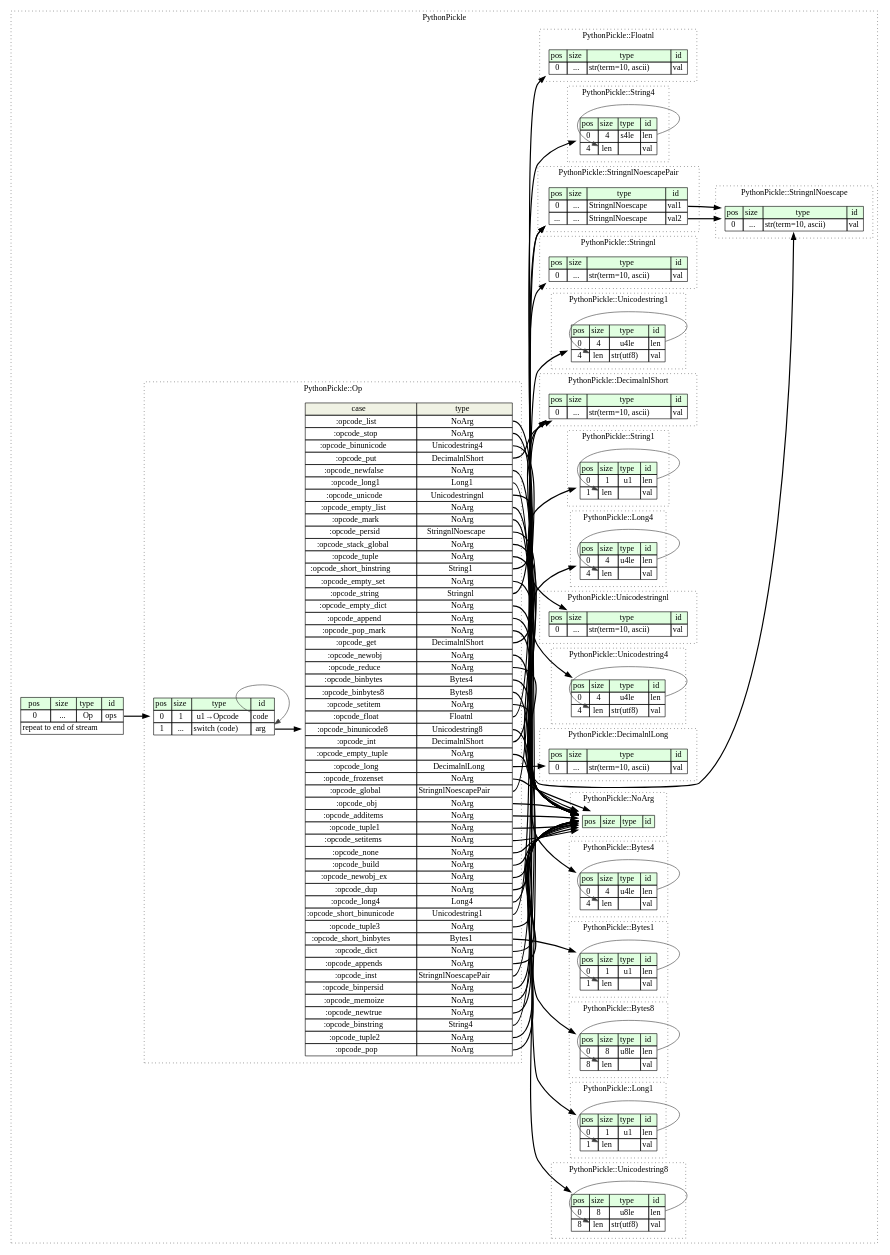
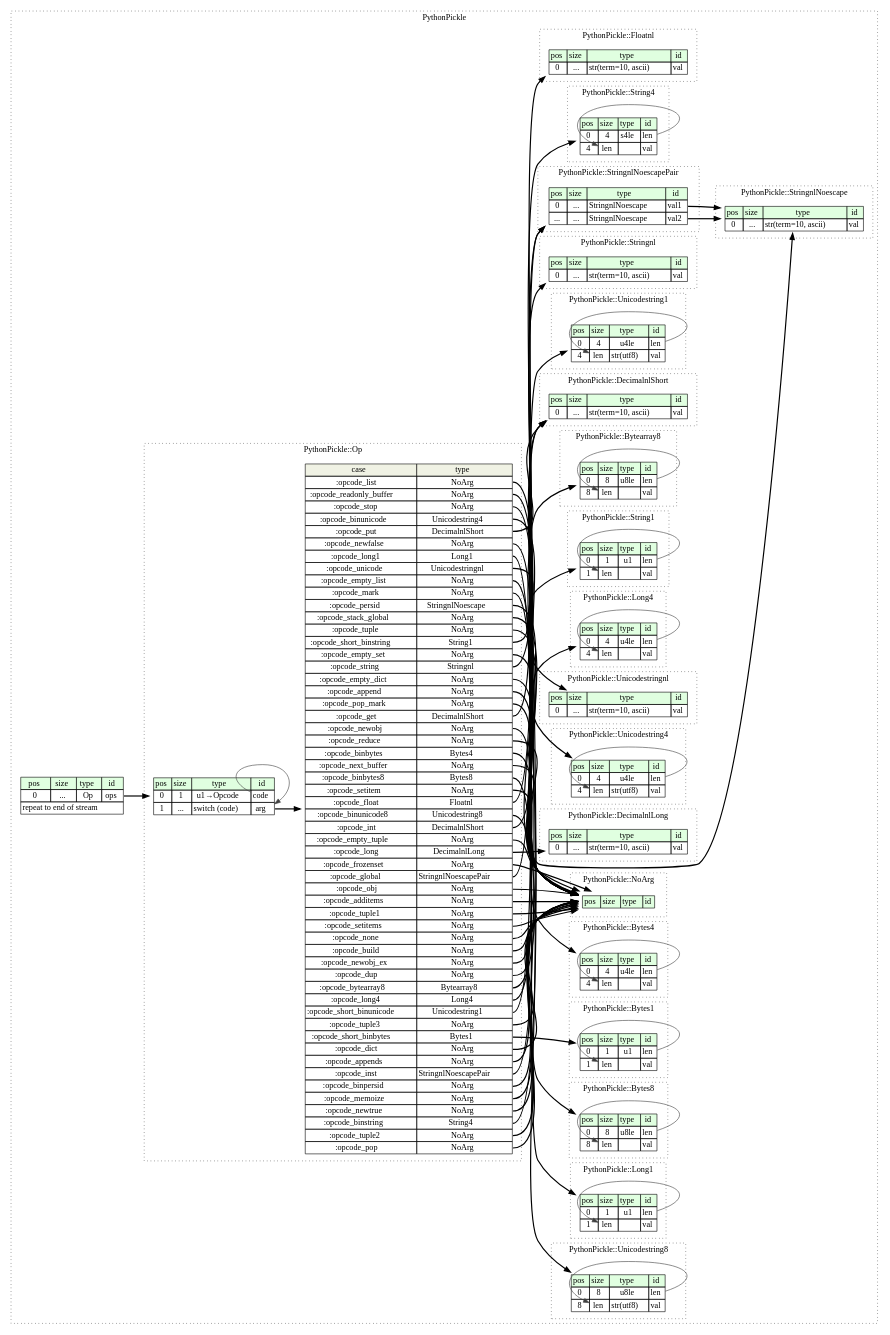
The diagram in python_pickle/src/graphviz/python_pickle.dot (kaitai-io/formats-kaitai-io.github.io), drawn with Graphviz before and after one commit. The commit also changed 18 other files, not shown here.

```diff
--- a/python_pickle/src/graphviz/python_pickle.dot
+++ b/python_pickle/src/graphviz/python_pickle.dot
@@ -125,6 +125,16 @@
 				<TR><TD PORT="val_pos">1</TD><TD PORT="val_size">len</TD><TD></TD><TD PORT="val_type">val</TD></TR>
 			</TABLE>>];
 		}
+		subgraph cluster__bytearray8 {
+			label="PythonPickle::Bytearray8";
+			graph[style=dotted];
+
+			bytearray8__seq [label=<<TABLE BORDER="0" CELLBORDER="1" CELLSPACING="0">
+				<TR><TD BGCOLOR="#E0FFE0">pos</TD><TD BGCOLOR="#E0FFE0">size</TD><TD BGCOLOR="#E0FFE0">type</TD><TD BGCOLOR="#E0FFE0">id</TD></TR>
+				<TR><TD PORT="len_pos">0</TD><TD PORT="len_size">8</TD><TD>u8le</TD><TD PORT="len_type">len</TD></TR>
+				<TR><TD PORT="val_pos">8</TD><TD PORT="val_size">len</TD><TD></TD><TD PORT="val_type">val</TD></TR>
+			</TABLE>>];
+		}
 		subgraph cluster__decimalnl_short {
 			label="PythonPickle::DecimalnlShort";
 			graph[style=dotted];
@@ -185,57 +195,60 @@
 op__seq_arg_switch [label=<<TABLE BORDER="0" CELLBORDER="1" CELLSPACING="0">
 	<TR><TD BGCOLOR="#F0F2E4">case</TD><TD BGCOLOR="#F0F2E4">type</TD></TR>
 	<TR><TD>:opcode_list</TD><TD PORT="case0">NoArg</TD></TR>
-	<TR><TD>:opcode_stop</TD><TD PORT="case1">NoArg</TD></TR>
-	<TR><TD>:opcode_binunicode</TD><TD PORT="case2">Unicodestring4</TD></TR>
-	<TR><TD>:opcode_put</TD><TD PORT="case3">DecimalnlShort</TD></TR>
-	<TR><TD>:opcode_newfalse</TD><TD PORT="case4">NoArg</TD></TR>
-	<TR><TD>:opcode_long1</TD><TD PORT="case5">Long1</TD></TR>
-	<TR><TD>:opcode_unicode</TD><TD PORT="case6">Unicodestringnl</TD></TR>
-	<TR><TD>:opcode_empty_list</TD><TD PORT="case7">NoArg</TD></TR>
-	<TR><TD>:opcode_mark</TD><TD PORT="case8">NoArg</TD></TR>
-	<TR><TD>:opcode_persid</TD><TD PORT="case9">StringnlNoescape</TD></TR>
-	<TR><TD>:opcode_stack_global</TD><TD PORT="case10">NoArg</TD></TR>
-	<TR><TD>:opcode_tuple</TD><TD PORT="case11">NoArg</TD></TR>
-	<TR><TD>:opcode_short_binstring</TD><TD PORT="case12">String1</TD></TR>
-	<TR><TD>:opcode_empty_set</TD><TD PORT="case13">NoArg</TD></TR>
-	<TR><TD>:opcode_string</TD><TD PORT="case14">Stringnl</TD></TR>
-	<TR><TD>:opcode_empty_dict</TD><TD PORT="case15">NoArg</TD></TR>
-	<TR><TD>:opcode_append</TD><TD PORT="case16">NoArg</TD></TR>
-	<TR><TD>:opcode_pop_mark</TD><TD PORT="case17">NoArg</TD></TR>
-	<TR><TD>:opcode_get</TD><TD PORT="case18">DecimalnlShort</TD></TR>
-	<TR><TD>:opcode_newobj</TD><TD PORT="case19">NoArg</TD></TR>
-	<TR><TD>:opcode_reduce</TD><TD PORT="case20">NoArg</TD></TR>
-	<TR><TD>:opcode_binbytes</TD><TD PORT="case21">Bytes4</TD></TR>
-	<TR><TD>:opcode_binbytes8</TD><TD PORT="case22">Bytes8</TD></TR>
-	<TR><TD>:opcode_setitem</TD><TD PORT="case23">NoArg</TD></TR>
-	<TR><TD>:opcode_float</TD><TD PORT="case24">Floatnl</TD></TR>
-	<TR><TD>:opcode_binunicode8</TD><TD PORT="case25">Unicodestring8</TD></TR>
-	<TR><TD>:opcode_int</TD><TD PORT="case26">DecimalnlShort</TD></TR>
-	<TR><TD>:opcode_empty_tuple</TD><TD PORT="case27">NoArg</TD></TR>
-	<TR><TD>:opcode_long</TD><TD PORT="case28">DecimalnlLong</TD></TR>
-	<TR><TD>:opcode_frozenset</TD><TD PORT="case29">NoArg</TD></TR>
-	<TR><TD>:opcode_global</TD><TD PORT="case30">StringnlNoescapePair</TD></TR>
-	<TR><TD>:opcode_obj</TD><TD PORT="case31">NoArg</TD></TR>
-	<TR><TD>:opcode_additems</TD><TD PORT="case32">NoArg</TD></TR>
-	<TR><TD>:opcode_tuple1</TD><TD PORT="case33">NoArg</TD></TR>
-	<TR><TD>:opcode_setitems</TD><TD PORT="case34">NoArg</TD></TR>
-	<TR><TD>:opcode_none</TD><TD PORT="case35">NoArg</TD></TR>
-	<TR><TD>:opcode_build</TD><TD PORT="case36">NoArg</TD></TR>
-	<TR><TD>:opcode_newobj_ex</TD><TD PORT="case37">NoArg</TD></TR>
-	<TR><TD>:opcode_dup</TD><TD PORT="case38">NoArg</TD></TR>
-	<TR><TD>:opcode_long4</TD><TD PORT="case39">Long4</TD></TR>
-	<TR><TD>:opcode_short_binunicode</TD><TD PORT="case40">Unicodestring1</TD></TR>
-	<TR><TD>:opcode_tuple3</TD><TD PORT="case41">NoArg</TD></TR>
-	<TR><TD>:opcode_short_binbytes</TD><TD PORT="case42">Bytes1</TD></TR>
-	<TR><TD>:opcode_dict</TD><TD PORT="case43">NoArg</TD></TR>
-	<TR><TD>:opcode_appends</TD><TD PORT="case44">NoArg</TD></TR>
-	<TR><TD>:opcode_inst</TD><TD PORT="case45">StringnlNoescapePair</TD></TR>
-	<TR><TD>:opcode_binpersid</TD><TD PORT="case46">NoArg</TD></TR>
-	<TR><TD>:opcode_memoize</TD><TD PORT="case47">NoArg</TD></TR>
-	<TR><TD>:opcode_newtrue</TD><TD PORT="case48">NoArg</TD></TR>
-	<TR><TD>:opcode_binstring</TD><TD PORT="case49">String4</TD></TR>
-	<TR><TD>:opcode_tuple2</TD><TD PORT="case50">NoArg</TD></TR>
-	<TR><TD>:opcode_pop</TD><TD PORT="case51">NoArg</TD></TR>
+	<TR><TD>:opcode_readonly_buffer</TD><TD PORT="case1">NoArg</TD></TR>
+	<TR><TD>:opcode_stop</TD><TD PORT="case2">NoArg</TD></TR>
+	<TR><TD>:opcode_binunicode</TD><TD PORT="case3">Unicodestring4</TD></TR>
+	<TR><TD>:opcode_put</TD><TD PORT="case4">DecimalnlShort</TD></TR>
+	<TR><TD>:opcode_newfalse</TD><TD PORT="case5">NoArg</TD></TR>
+	<TR><TD>:opcode_long1</TD><TD PORT="case6">Long1</TD></TR>
+	<TR><TD>:opcode_unicode</TD><TD PORT="case7">Unicodestringnl</TD></TR>
+	<TR><TD>:opcode_empty_list</TD><TD PORT="case8">NoArg</TD></TR>
+	<TR><TD>:opcode_mark</TD><TD PORT="case9">NoArg</TD></TR>
+	<TR><TD>:opcode_persid</TD><TD PORT="case10">StringnlNoescape</TD></TR>
+	<TR><TD>:opcode_stack_global</TD><TD PORT="case11">NoArg</TD></TR>
+	<TR><TD>:opcode_tuple</TD><TD PORT="case12">NoArg</TD></TR>
+	<TR><TD>:opcode_short_binstring</TD><TD PORT="case13">String1</TD></TR>
+	<TR><TD>:opcode_empty_set</TD><TD PORT="case14">NoArg</TD></TR>
+	<TR><TD>:opcode_string</TD><TD PORT="case15">Stringnl</TD></TR>
+	<TR><TD>:opcode_empty_dict</TD><TD PORT="case16">NoArg</TD></TR>
+	<TR><TD>:opcode_append</TD><TD PORT="case17">NoArg</TD></TR>
+	<TR><TD>:opcode_pop_mark</TD><TD PORT="case18">NoArg</TD></TR>
+	<TR><TD>:opcode_get</TD><TD PORT="case19">DecimalnlShort</TD></TR>
+	<TR><TD>:opcode_newobj</TD><TD PORT="case20">NoArg</TD></TR>
+	<TR><TD>:opcode_reduce</TD><TD PORT="case21">NoArg</TD></TR>
+	<TR><TD>:opcode_binbytes</TD><TD PORT="case22">Bytes4</TD></TR>
+	<TR><TD>:opcode_next_buffer</TD><TD PORT="case23">NoArg</TD></TR>
+	<TR><TD>:opcode_binbytes8</TD><TD PORT="case24">Bytes8</TD></TR>
+	<TR><TD>:opcode_setitem</TD><TD PORT="case25">NoArg</TD></TR>
+	<TR><TD>:opcode_float</TD><TD PORT="case26">Floatnl</TD></TR>
+	<TR><TD>:opcode_binunicode8</TD><TD PORT="case27">Unicodestring8</TD></TR>
+	<TR><TD>:opcode_int</TD><TD PORT="case28">DecimalnlShort</TD></TR>
+	<TR><TD>:opcode_empty_tuple</TD><TD PORT="case29">NoArg</TD></TR>
+	<TR><TD>:opcode_long</TD><TD PORT="case30">DecimalnlLong</TD></TR>
+	<TR><TD>:opcode_frozenset</TD><TD PORT="case31">NoArg</TD></TR>
+	<TR><TD>:opcode_global</TD><TD PORT="case32">StringnlNoescapePair</TD></TR>
+	<TR><TD>:opcode_obj</TD><TD PORT="case33">NoArg</TD></TR>
+	<TR><TD>:opcode_additems</TD><TD PORT="case34">NoArg</TD></TR>
+	<TR><TD>:opcode_tuple1</TD><TD PORT="case35">NoArg</TD></TR>
+	<TR><TD>:opcode_setitems</TD><TD PORT="case36">NoArg</TD></TR>
+	<TR><TD>:opcode_none</TD><TD PORT="case37">NoArg</TD></TR>
+	<TR><TD>:opcode_build</TD><TD PORT="case38">NoArg</TD></TR>
+	<TR><TD>:opcode_newobj_ex</TD><TD PORT="case39">NoArg</TD></TR>
+	<TR><TD>:opcode_dup</TD><TD PORT="case40">NoArg</TD></TR>
+	<TR><TD>:opcode_bytearray8</TD><TD PORT="case41">Bytearray8</TD></TR>
+	<TR><TD>:opcode_long4</TD><TD PORT="case42">Long4</TD></TR>
+	<TR><TD>:opcode_short_binunicode</TD><TD PORT="case43">Unicodestring1</TD></TR>
+	<TR><TD>:opcode_tuple3</TD><TD PORT="case44">NoArg</TD></TR>
+	<TR><TD>:opcode_short_binbytes</TD><TD PORT="case45">Bytes1</TD></TR>
+	<TR><TD>:opcode_dict</TD><TD PORT="case46">NoArg</TD></TR>
+	<TR><TD>:opcode_appends</TD><TD PORT="case47">NoArg</TD></TR>
+	<TR><TD>:opcode_inst</TD><TD PORT="case48">StringnlNoescapePair</TD></TR>
+	<TR><TD>:opcode_binpersid</TD><TD PORT="case49">NoArg</TD></TR>
+	<TR><TD>:opcode_memoize</TD><TD PORT="case50">NoArg</TD></TR>
+	<TR><TD>:opcode_newtrue</TD><TD PORT="case51">NoArg</TD></TR>
+	<TR><TD>:opcode_binstring</TD><TD PORT="case52">String4</TD></TR>
+	<TR><TD>:opcode_tuple2</TD><TD PORT="case53">NoArg</TD></TR>
+	<TR><TD>:opcode_pop</TD><TD PORT="case54">NoArg</TD></TR>
 </TABLE>>];
 		}
 		subgraph cluster__floatnl {
@@ -257,6 +270,7 @@
 	unicodestring4__seq:len_type -> unicodestring4__seq:val_size [color="#404040"];
 	long4__seq:len_type -> long4__seq:val_size [color="#404040"];
 	string1__seq:len_type -> string1__seq:val_size [color="#404040"];
+	bytearray8__seq:len_type -> bytearray8__seq:val_size [color="#404040"];
 	unicodestring1__seq:len_type -> unicodestring1__seq:val_size [color="#404040"];
 	stringnl_noescape_pair__seq:val1_type -> stringnl_noescape__seq [style=bold];
 	stringnl_noescape_pair__seq:val2_type -> stringnl_noescape__seq [style=bold];
@@ -264,55 +278,58 @@
 	op__seq:arg_type -> op__seq_arg_switch [style=bold];
 	op__seq_arg_switch:case0 -> no_arg__seq [style=bold];
 	op__seq_arg_switch:case1 -> no_arg__seq [style=bold];
-	op__seq_arg_switch:case2 -> unicodestring4__seq [style=bold];
-	op__seq_arg_switch:case3 -> decimalnl_short__seq [style=bold];
-	op__seq_arg_switch:case4 -> no_arg__seq [style=bold];
-	op__seq_arg_switch:case5 -> long1__seq [style=bold];
-	op__seq_arg_switch:case6 -> unicodestringnl__seq [style=bold];
-	op__seq_arg_switch:case7 -> no_arg__seq [style=bold];
+	op__seq_arg_switch:case2 -> no_arg__seq [style=bold];
+	op__seq_arg_switch:case3 -> unicodestring4__seq [style=bold];
+	op__seq_arg_switch:case4 -> decimalnl_short__seq [style=bold];
+	op__seq_arg_switch:case5 -> no_arg__seq [style=bold];
+	op__seq_arg_switch:case6 -> long1__seq [style=bold];
+	op__seq_arg_switch:case7 -> unicodestringnl__seq [style=bold];
 	op__seq_arg_switch:case8 -> no_arg__seq [style=bold];
-	op__seq_arg_switch:case9 -> stringnl_noescape__seq [style=bold];
-	op__seq_arg_switch:case10 -> no_arg__seq [style=bold];
+	op__seq_arg_switch:case9 -> no_arg__seq [style=bold];
+	op__seq_arg_switch:case10 -> stringnl_noescape__seq [style=bold];
 	op__seq_arg_switch:case11 -> no_arg__seq [style=bold];
-	op__seq_arg_switch:case12 -> string1__seq [style=bold];
-	op__seq_arg_switch:case13 -> no_arg__seq [style=bold];
-	op__seq_arg_switch:case14 -> stringnl__seq [style=bold];
-	op__seq_arg_switch:case15 -> no_arg__seq [style=bold];
+	op__seq_arg_switch:case12 -> no_arg__seq [style=bold];
+	op__seq_arg_switch:case13 -> string1__seq [style=bold];
+	op__seq_arg_switch:case14 -> no_arg__seq [style=bold];
+	op__seq_arg_switch:case15 -> stringnl__seq [style=bold];
 	op__seq_arg_switch:case16 -> no_arg__seq [style=bold];
 	op__seq_arg_switch:case17 -> no_arg__seq [style=bold];
-	op__seq_arg_switch:case18 -> decimalnl_short__seq [style=bold];
-	op__seq_arg_switch:case19 -> no_arg__seq [style=bold];
+	op__seq_arg_switch:case18 -> no_arg__seq [style=bold];
+	op__seq_arg_switch:case19 -> decimalnl_short__seq [style=bold];
 	op__seq_arg_switch:case20 -> no_arg__seq [style=bold];
-	op__seq_arg_switch:case21 -> bytes4__seq [style=bold];
-	op__seq_arg_switch:case22 -> bytes8__seq [style=bold];
+	op__seq_arg_switch:case21 -> no_arg__seq [style=bold];
+	op__seq_arg_switch:case22 -> bytes4__seq [style=bold];
 	op__seq_arg_switch:case23 -> no_arg__seq [style=bold];
-	op__seq_arg_switch:case24 -> floatnl__seq [style=bold];
-	op__seq_arg_switch:case25 -> unicodestring8__seq [style=bold];
-	op__seq_arg_switch:case26 -> decimalnl_short__seq [style=bold];
-	op__seq_arg_switch:case27 -> no_arg__seq [style=bold];
-	op__seq_arg_switch:case28 -> decimalnl_long__seq [style=bold];
+	op__seq_arg_switch:case24 -> bytes8__seq [style=bold];
+	op__seq_arg_switch:case25 -> no_arg__seq [style=bold];
+	op__seq_arg_switch:case26 -> floatnl__seq [style=bold];
+	op__seq_arg_switch:case27 -> unicodestring8__seq [style=bold];
+	op__seq_arg_switch:case28 -> decimalnl_short__seq [style=bold];
 	op__seq_arg_switch:case29 -> no_arg__seq [style=bold];
-	op__seq_arg_switch:case30 -> stringnl_noescape_pair__seq [style=bold];
+	op__seq_arg_switch:case30 -> decimalnl_long__seq [style=bold];
 	op__seq_arg_switch:case31 -> no_arg__seq [style=bold];
-	op__seq_arg_switch:case32 -> no_arg__seq [style=bold];
+	op__seq_arg_switch:case32 -> stringnl_noescape_pair__seq [style=bold];
 	op__seq_arg_switch:case33 -> no_arg__seq [style=bold];
 	op__seq_arg_switch:case34 -> no_arg__seq [style=bold];
 	op__seq_arg_switch:case35 -> no_arg__seq [style=bold];
 	op__seq_arg_switch:case36 -> no_arg__seq [style=bold];
 	op__seq_arg_switch:case37 -> no_arg__seq [style=bold];
 	op__seq_arg_switch:case38 -> no_arg__seq [style=bold];
-	op__seq_arg_switch:case39 -> long4__seq [style=bold];
-	op__seq_arg_switch:case40 -> unicodestring1__seq [style=bold];
-	op__seq_arg_switch:case41 -> no_arg__seq [style=bold];
-	op__seq_arg_switch:case42 -> bytes1__seq [style=bold];
-	op__seq_arg_switch:case43 -> no_arg__seq [style=bold];
+	op__seq_arg_switch:case39 -> no_arg__seq [style=bold];
+	op__seq_arg_switch:case40 -> no_arg__seq [style=bold];
+	op__seq_arg_switch:case41 -> bytearray8__seq [style=bold];
+	op__seq_arg_switch:case42 -> long4__seq [style=bold];
+	op__seq_arg_switch:case43 -> unicodestring1__seq [style=bold];
 	op__seq_arg_switch:case44 -> no_arg__seq [style=bold];
-	op__seq_arg_switch:case45 -> stringnl_noescape_pair__seq [style=bold];
+	op__seq_arg_switch:case45 -> bytes1__seq [style=bold];
 	op__seq_arg_switch:case46 -> no_arg__seq [style=bold];
 	op__seq_arg_switch:case47 -> no_arg__seq [style=bold];
-	op__seq_arg_switch:case48 -> no_arg__seq [style=bold];
-	op__seq_arg_switch:case49 -> string4__seq [style=bold];
+	op__seq_arg_switch:case48 -> stringnl_noescape_pair__seq [style=bold];
+	op__seq_arg_switch:case49 -> no_arg__seq [style=bold];
 	op__seq_arg_switch:case50 -> no_arg__seq [style=bold];
 	op__seq_arg_switch:case51 -> no_arg__seq [style=bold];
+	op__seq_arg_switch:case52 -> string4__seq [style=bold];
+	op__seq_arg_switch:case53 -> no_arg__seq [style=bold];
+	op__seq_arg_switch:case54 -> no_arg__seq [style=bold];
 	op__seq:code_type -> op__seq:arg_type [color="#404040"];
 }
```
